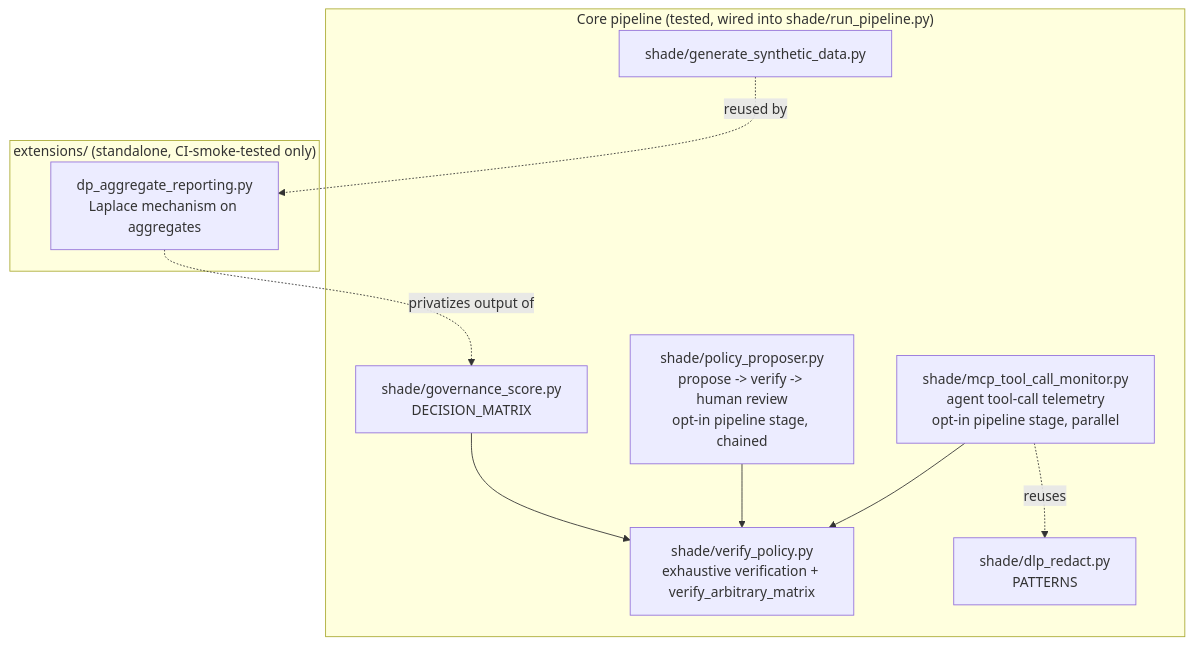
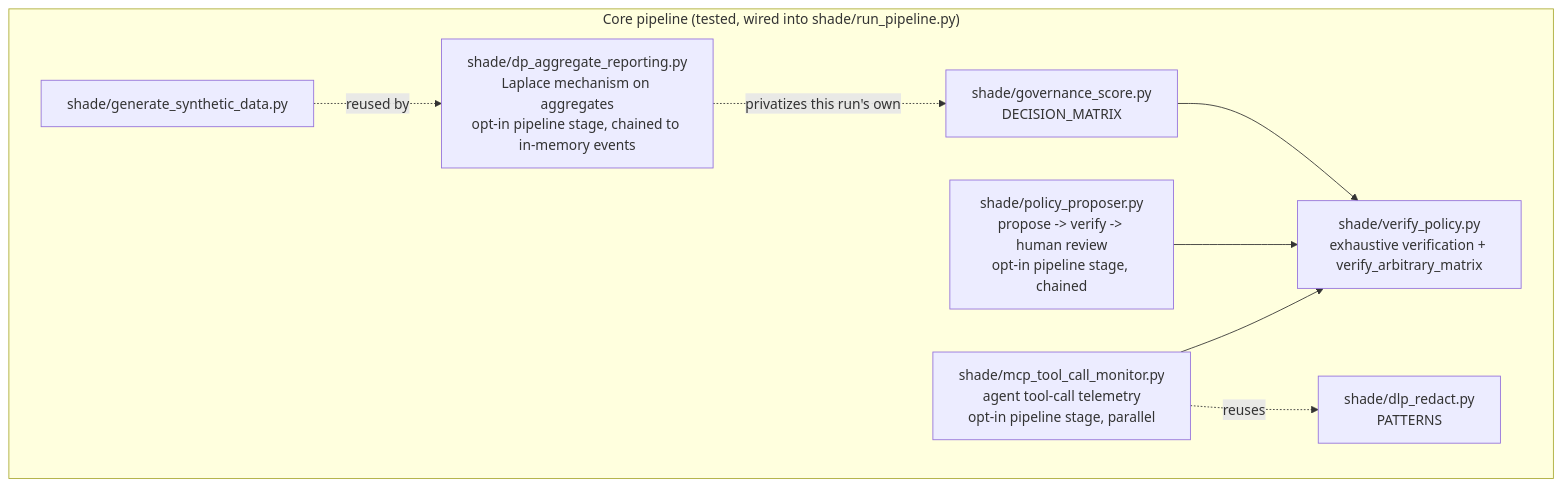
One commit to Zartharas/SHADE changed the diagram in docs/extensions.md. Above: the diagram before and after it, drawn with Mermaid. The commit also changed other lines of this file and 8 other files, not shown here.

````diff
--- a/docs/extensions.md
+++ b/docs/extensions.md
@@ -33,18 +33,16 @@
 ```mermaid
 flowchart TB
     subgraph core["Core pipeline (tested, wired into shade/run_pipeline.py)"]
         GS[shade/governance_score.py<br/>DECISION_MATRIX] --> VP[shade/verify_policy.py<br/>exhaustive verification + verify_arbitrary_matrix]
         DR[shade/dlp_redact.py<br/>PATTERNS]
         GEN[shade/generate_synthetic_data.py]
         PP[shade/policy_proposer.py<br/>propose -> verify -> human review<br/>opt-in pipeline stage, chained]
         MCP[shade/mcp_tool_call_monitor.py<br/>agent tool-call telemetry<br/>opt-in pipeline stage, parallel]
-    end
-    subgraph ext["extensions/ (standalone, CI-smoke-tested only)"]
-        DP[dp_aggregate_reporting.py<br/>Laplace mechanism on aggregates]
+        DP[shade/dp_aggregate_reporting.py<br/>Laplace mechanism on aggregates<br/>opt-in pipeline stage, chained to in-memory events]
     end
     PP --> VP
     MCP --> VP
     MCP -.reuses.-> DR
-    DP -.privatizes output of.-> GS
+    DP -.privatizes this run's own.-> GS
     GEN -.reused by.-> DP
 ```
````
